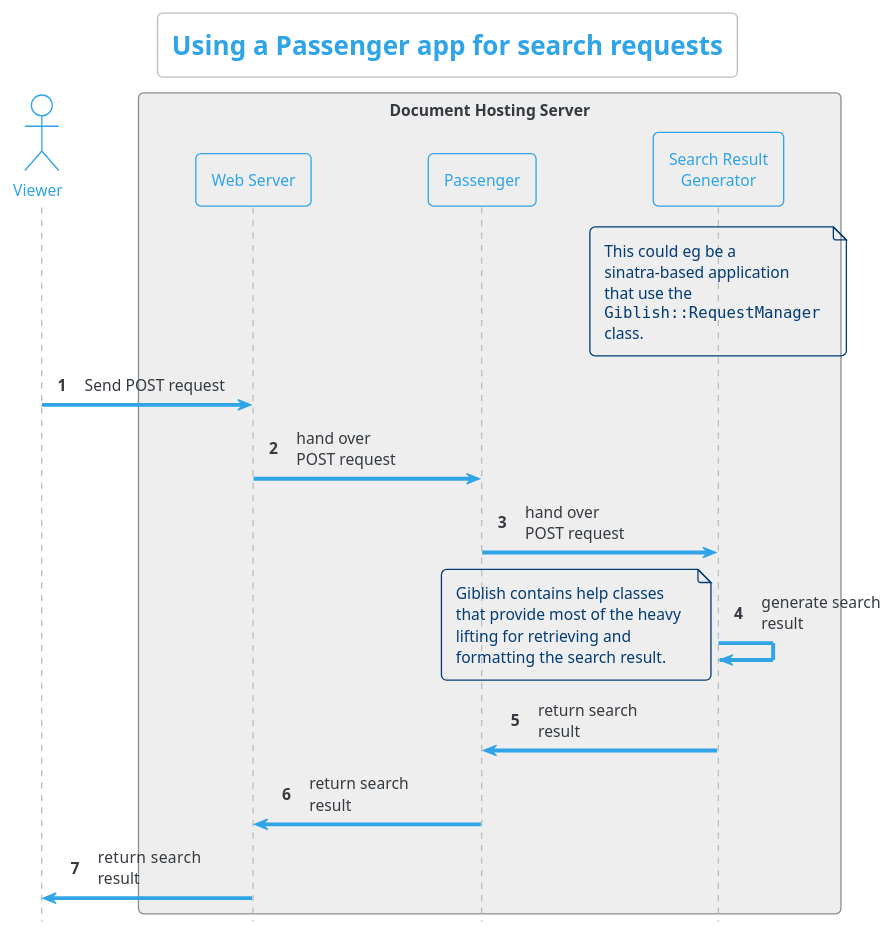
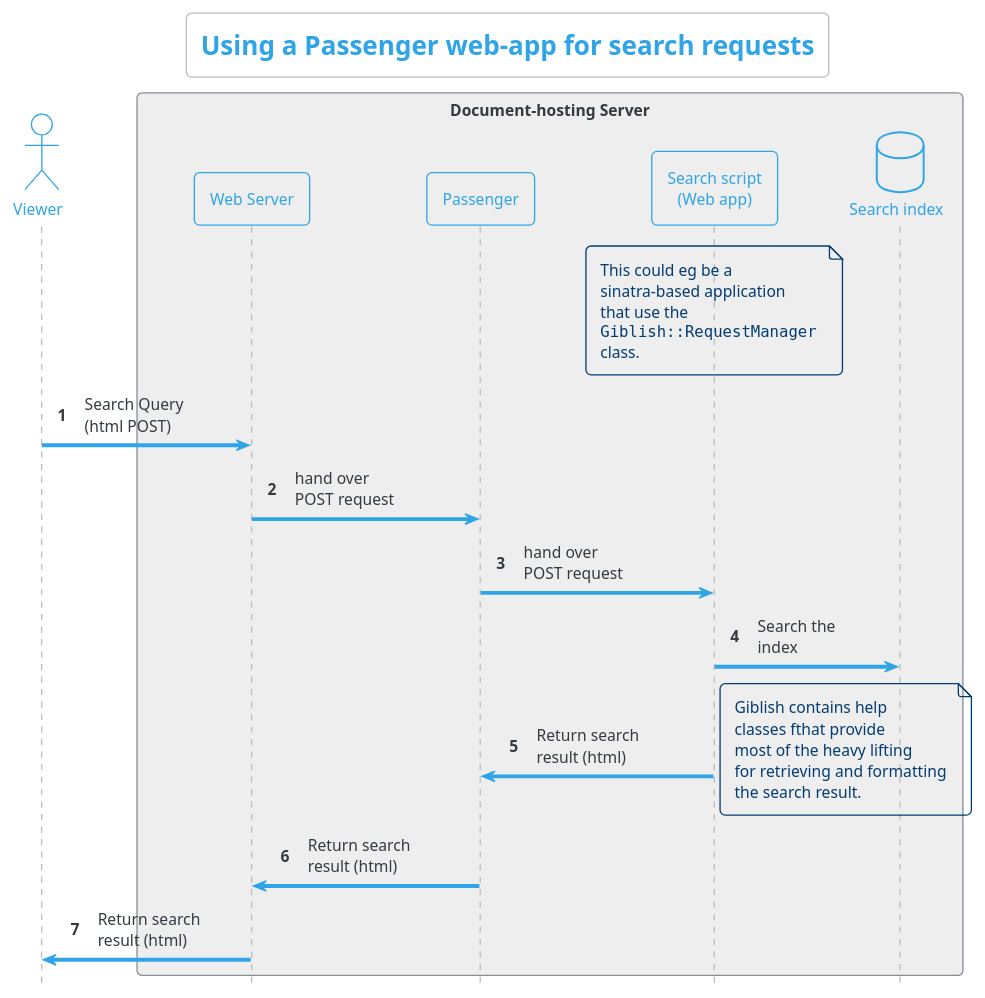
Before and after one commit to rillbert/giblish: the diagram in docs/setup_search_assets/search_request.puml, drawn with PlantUML. The commit also changed 5 other files, not shown here.

```diff
--- a/docs/setup_search_assets/search_request.puml
+++ b/docs/setup_search_assets/search_request.puml
@@ -1,37 +1,38 @@
 @startuml
 !theme cerulean-outline
-' !theme spacelab
 hide footbox
 autonumber
 
-title "Using a Passenger app for search requests"
+title "Using a Passenger web-app for search requests"
 
 actor       Viewer       as Vi
 
-box "Document Hosting Server" #EEEEEE
+box "Document-hosting Server" #EEEEEE
 participant "Web Server" as Webserv
 participant "Passenger"   as Pass
-participant "Search Result\nGenerator"   as Searcher
+participant "Search script\n(Web app)"   as Searcher
 note over of Searcher
   This could eg be a
   sinatra-based application 
   that use the 
   ""Giblish::RequestManager""
   class.
 end note
+database "Search index"   as Index
 end box
 
-Vi -> Webserv     : Send POST request
+Vi -> Webserv     : Search Query\n(html POST)
 Webserv -> Pass : hand over\nPOST request
 Pass -> Searcher : hand over\nPOST request
-Searcher -> Searcher : generate search\nresult
-note left
-  Giblish contains help classes 
-  that provide most of the heavy 
-  lifting for retrieving and
-  formatting the search result.
+Searcher -> Index : Search the\nindex
+Searcher -> Pass : Return search\nresult (html)
+note right
+  Giblish contains help 
+  classes fthat provide 
+  most of the heavy lifting 
+  for retrieving and formatting
+  the search result.
 end note
-Searcher -> Pass : return search\nresult
-Pass -> Webserv : return search\nresult
-Webserv -> Vi  : return  search\nresult
+Pass -> Webserv : Return search\nresult (html)
+Webserv -> Vi  : Return search\nresult (html)
 @enduml
```
